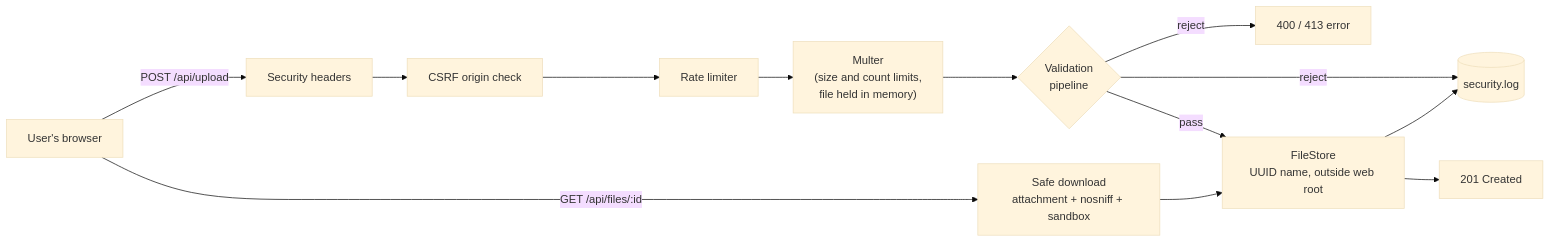
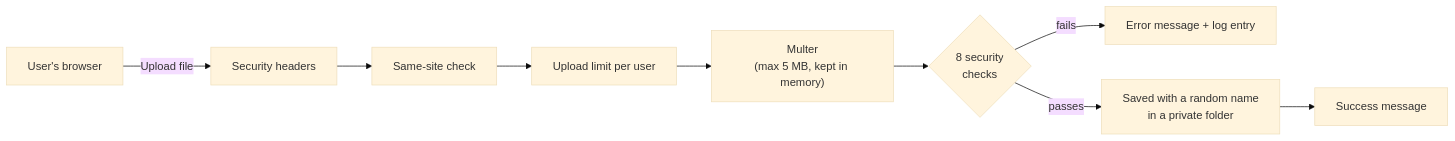
The diagram in Assignments/Assignment_1/README.md (Rynorbu/WEB404), drawn with Mermaid (base theme) before and after one commit. The commit also changed other lines of this file and 50 other files, not shown here.

````diff
--- a/Assignments/Assignment_1/README.md
+++ b/Assignments/Assignment_1/README.md
@@ -210,15 +193,11 @@
 ```mermaid
 flowchart LR
-    U[User's browser] -->|POST /api/upload| H[Security headers]
-    H --> C[CSRF origin check]
-    C --> R[Rate limiter]
-    R --> M["Multer<br/>(size and count limits,<br/>file held in memory)"]
-    M --> V{"Validation<br/>pipeline"}
-    V -- reject --> L[(security.log)]
-    V -- reject --> E[400 / 413 error]
-    V -- pass --> S["FileStore<br/>UUID name, outside web root"]
-    S --> L
-    S --> OK[201 Created]
-    U -->|GET /api/files/:id| D["Safe download<br/>attachment + nosniff + sandbox"]
-    D --> S
+    U[User's browser] -->|Upload file| A[Security headers]
+    A --> B[Same-site check]
+    B --> C[Upload limit per user]
+    C --> D["Multer<br/>(max 5 MB, kept in memory)"]
+    D --> E{"8 security<br/>checks"}
+    E -- fails --> X[Error message + log entry]
+    E -- passes --> S["Saved with a random name<br/>in a private folder"]
+    S --> OK[Success message]
 ```
````
